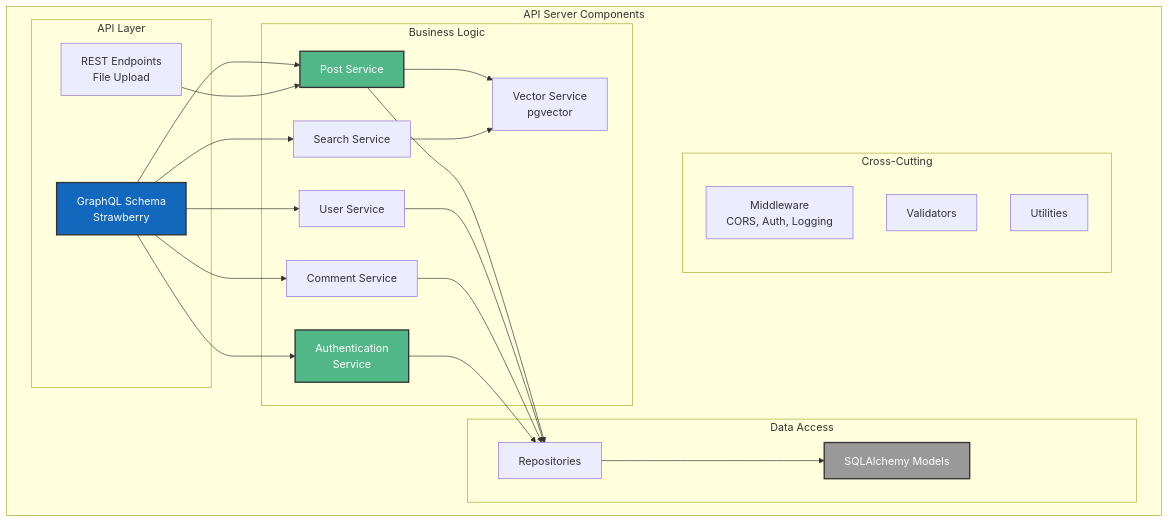
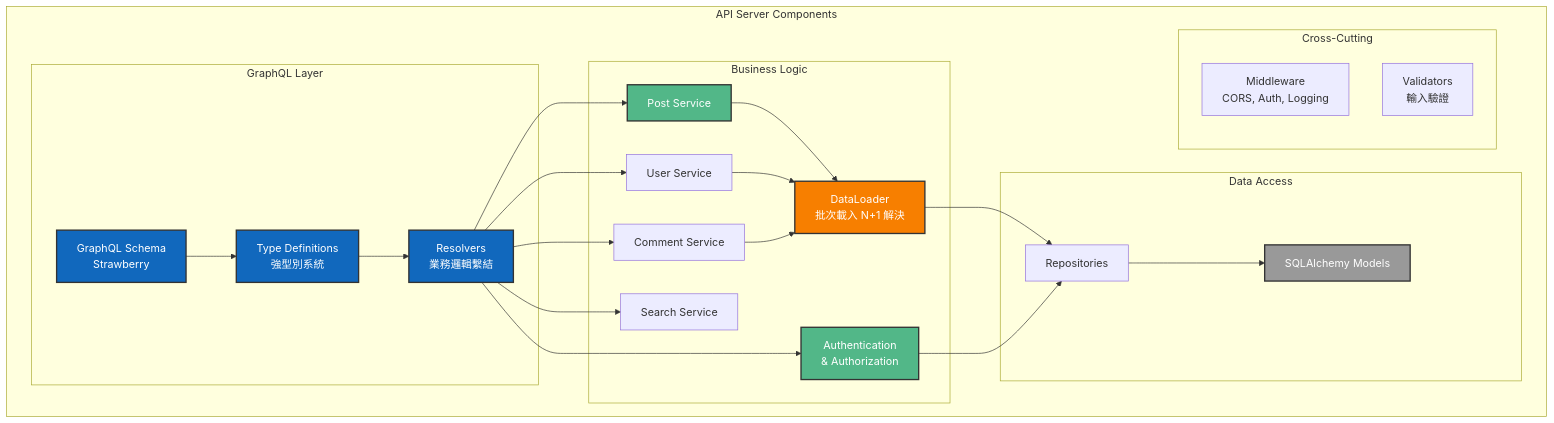
The third of 7 diagrams in docs/architecture.md (twtrubiks/graphql-python-blog), drawn with Mermaid before and after one commit. The commit also changed other lines of this file and 7 other files, not shown here.

First line of the commit message:
初始化 GraphQL Python Blog 專案架構

````diff
--- a/docs/architecture.md
+++ b/docs/architecture.md
@@ -105,52 +104,55 @@
 ```mermaid
 graph TB
     subgraph "API Server Components"
-        subgraph "API Layer"
+        subgraph "GraphQL Layer"
             GQL[GraphQL Schema<br/>Strawberry]
-            REST[REST Endpoints<br/>File Upload]
+            TypeDefs[Type Definitions<br/>強型別系統]
+            Resolvers[Resolvers<br/>業務邏輯繫結]
         end
 
         subgraph "Business Logic"
-            Auth[Authentication<br/>Service]
+            DataLoader[DataLoader<br/>批次載入 N+1 解決]
+            Auth[Authentication<br/>& Authorization]
             PostSvc[Post Service]
             UserSvc[User Service]
             CommentSvc[Comment Service]
             SearchSvc[Search Service]
-            VectorSvc[Vector Service<br/>pgvector]
         end
 
         subgraph "Data Access"
             Models[SQLAlchemy Models]
             Repos[Repositories]
         end
 
         subgraph "Cross-Cutting"
             MW[Middleware<br/>CORS, Auth, Logging]
-            Valid[Validators]
-            Utils[Utilities]
+            Valid[Validators<br/>輸入驗證]
         end
     end
 
-    GQL --> Auth
-    GQL --> PostSvc
-    GQL --> UserSvc
-    GQL --> CommentSvc
-    GQL --> SearchSvc
+    GQL --> TypeDefs
+    TypeDefs --> Resolvers
 
-    REST --> PostSvc
+    Resolvers --> Auth
+    Resolvers --> PostSvc
+    Resolvers --> UserSvc
+    Resolvers --> CommentSvc
+    Resolvers --> SearchSvc
 
-    PostSvc --> VectorSvc
-    SearchSvc --> VectorSvc
+    PostSvc --> DataLoader
+    UserSvc --> DataLoader
+    CommentSvc --> DataLoader
 
-    PostSvc --> Repos
-    UserSvc --> Repos
-    CommentSvc --> Repos
+    DataLoader --> Repos
     Auth --> Repos
 
     Repos --> Models
 
     style GQL fill:#1168bd,stroke:#333,stroke-width:2px,color:#fff
+    style TypeDefs fill:#1168bd,stroke:#333,stroke-width:2px,color:#fff
+    style Resolvers fill:#1168bd,stroke:#333,stroke-width:2px,color:#fff
+    style DataLoader fill:#f77f00,stroke:#333,stroke-width:2px,color:#fff
     style Auth fill:#52b788,stroke:#333,stroke-width:2px,color:#fff
     style PostSvc fill:#52b788,stroke:#333,stroke-width:2px,color:#fff
     style Models fill:#999,stroke:#333,stroke-width:2px,color:#fff
 ```
````
